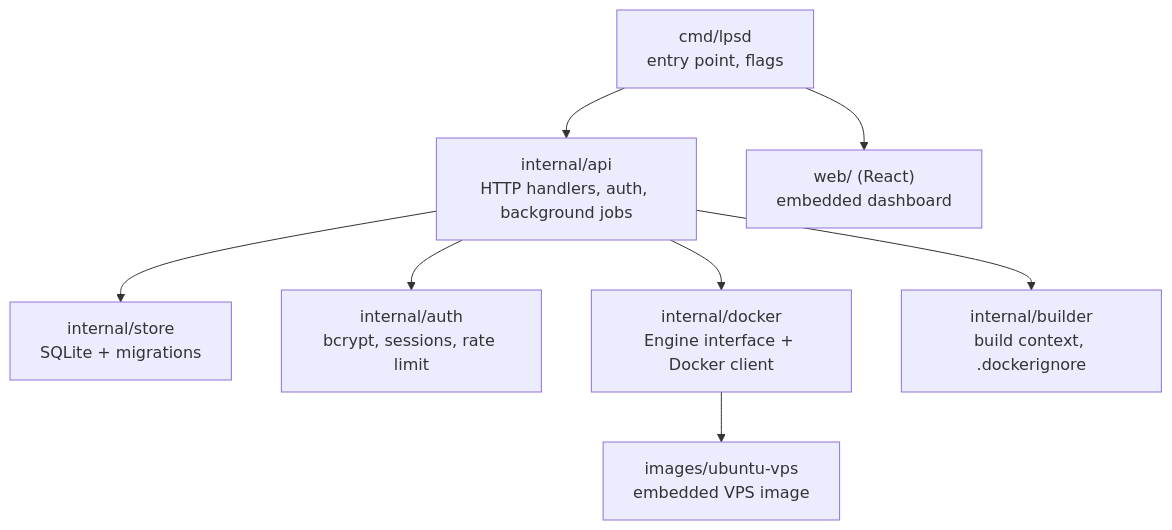
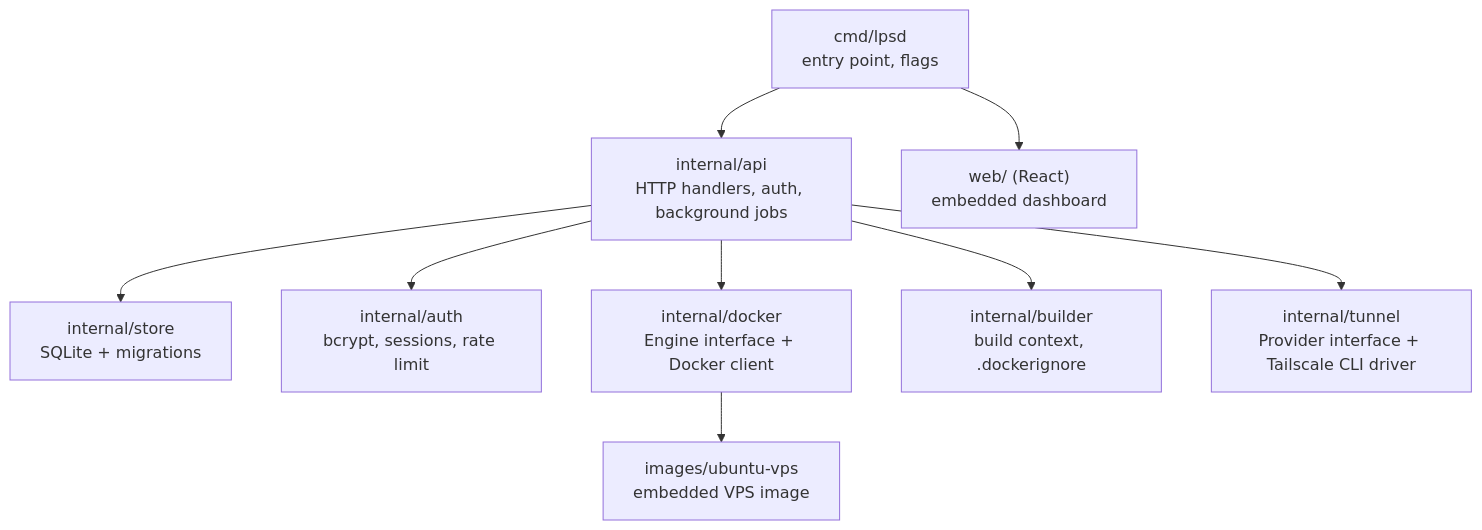
One commit to AbrarDW/lps changed the seventh of 8 diagrams in README.md. Above: the diagram before and after it, drawn with Mermaid. The commit also changed other lines of this file and 31 other files, not shown here.

````diff
--- a/README.md
+++ b/README.md
@@ -211,10 +266,11 @@
 ```mermaid
 flowchart TB
     main["cmd/lpsd<br/>entry point, flags"] --> api["internal/api<br/>HTTP handlers, auth, background jobs"]
     api --> store["internal/store<br/>SQLite + migrations"]
     api --> auth["internal/auth<br/>bcrypt, sessions, rate limit"]
     api --> dock["internal/docker<br/>Engine interface + Docker client"]
     api --> build["internal/builder<br/>build context, .dockerignore"]
+    api --> tun["internal/tunnel<br/>Provider interface + Tailscale CLI driver"]
     dock --> img["images/ubuntu-vps<br/>embedded VPS image"]
     main --> web["web/ (React)<br/>embedded dashboard"]
 ```
````
